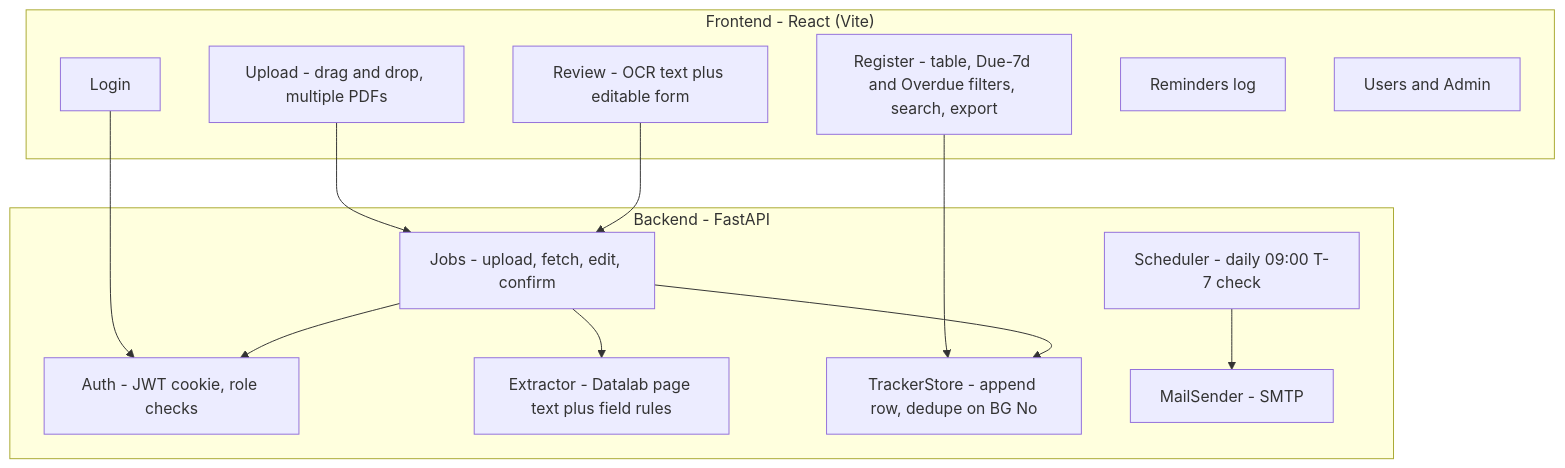
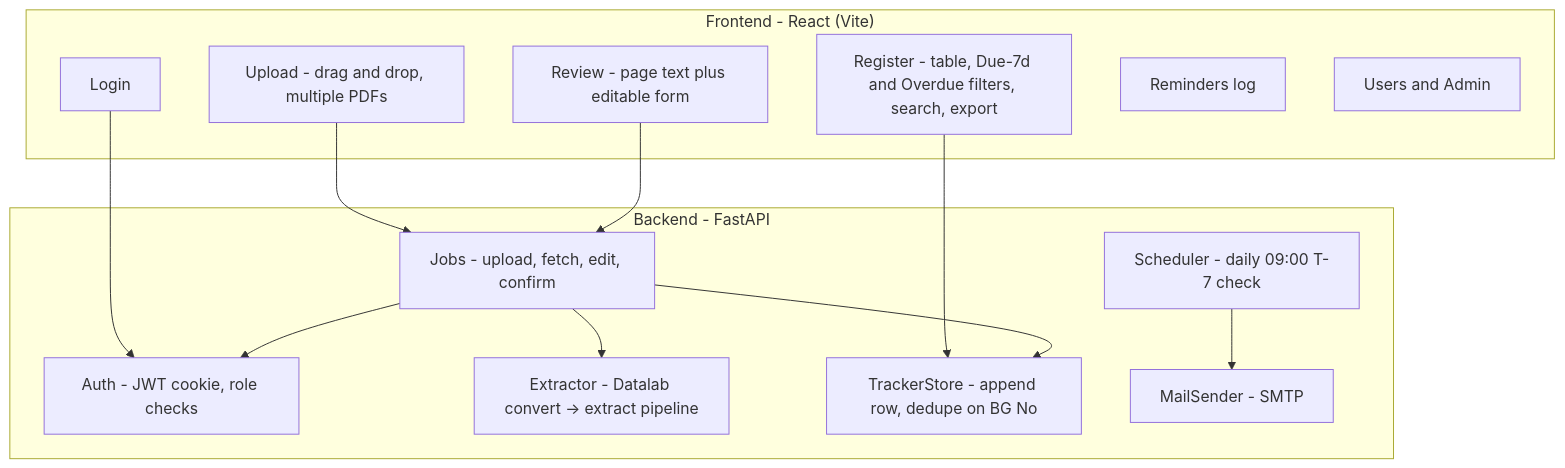
Before and after one commit to LaxmiKhilnani-nhit/Bank-Guarantee-Automation: the second of 3 diagrams in plan/01-architecture.md, drawn with Mermaid. The commit also changed other lines of this file and 22 other files, not shown here.

First line of the commit message:
Move BG extraction to the Datalab pipeline with schema v1

````diff
--- a/plan/01-architecture.md
+++ b/plan/01-architecture.md
@@ -52,27 +52,27 @@
 ```mermaid
 flowchart TB
   subgraph UI["Frontend - React (Vite)"]
     Login["Login"]
     Upload["Upload - drag and drop, multiple PDFs"]
-    Review["Review - OCR text plus editable form"]
+    Review["Review - page text plus editable form"]
     Register["Register - table, Due-7d and Overdue filters, search, export"]
     RemLog["Reminders log"]
     Users["Users and Admin"]
   end
   subgraph SVC["Backend - FastAPI"]
     AuthN["Auth - JWT cookie, role checks"]
     Jobs["Jobs - upload, fetch, edit, confirm"]
-    Extract["Extractor - Datalab page text plus field rules"]
+    Extract["Extractor - Datalab convert -> extract pipeline"]
     Track["TrackerStore - append row, dedupe on BG No"]
     Mail["MailSender - SMTP"]
     Sched["Scheduler - daily 09:00 T-7 check"]
   end
   Login --> AuthN
   Upload --> Jobs
   Review --> Jobs
   Register --> Track
   Jobs --> Extract
   Jobs --> Track
   Sched --> Mail
   Jobs --> AuthN
 ```
````
